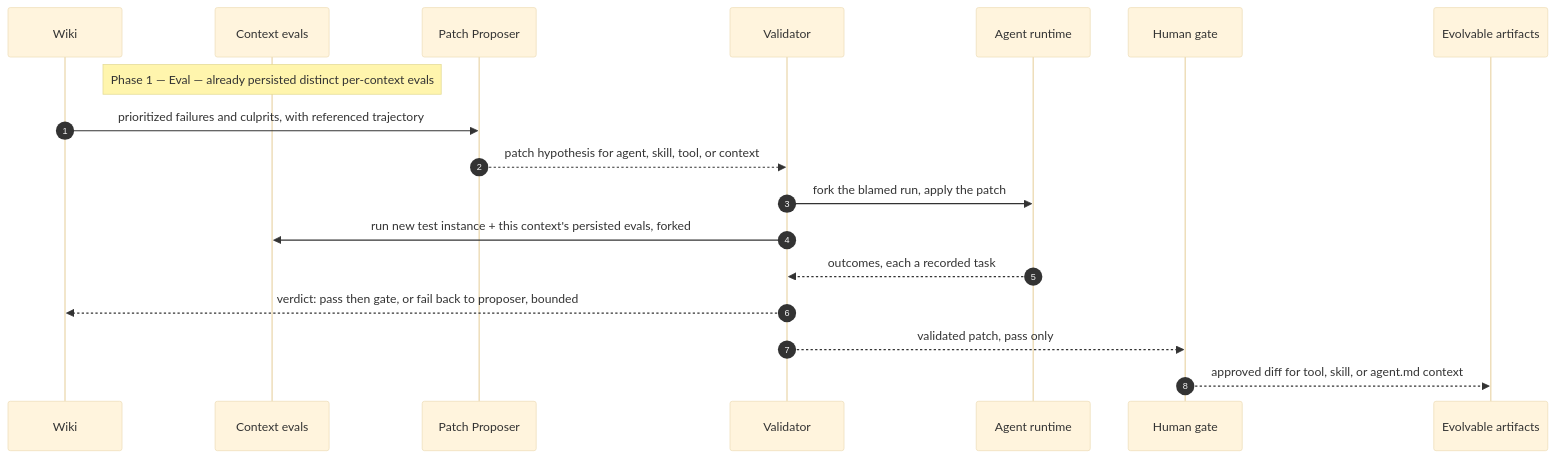
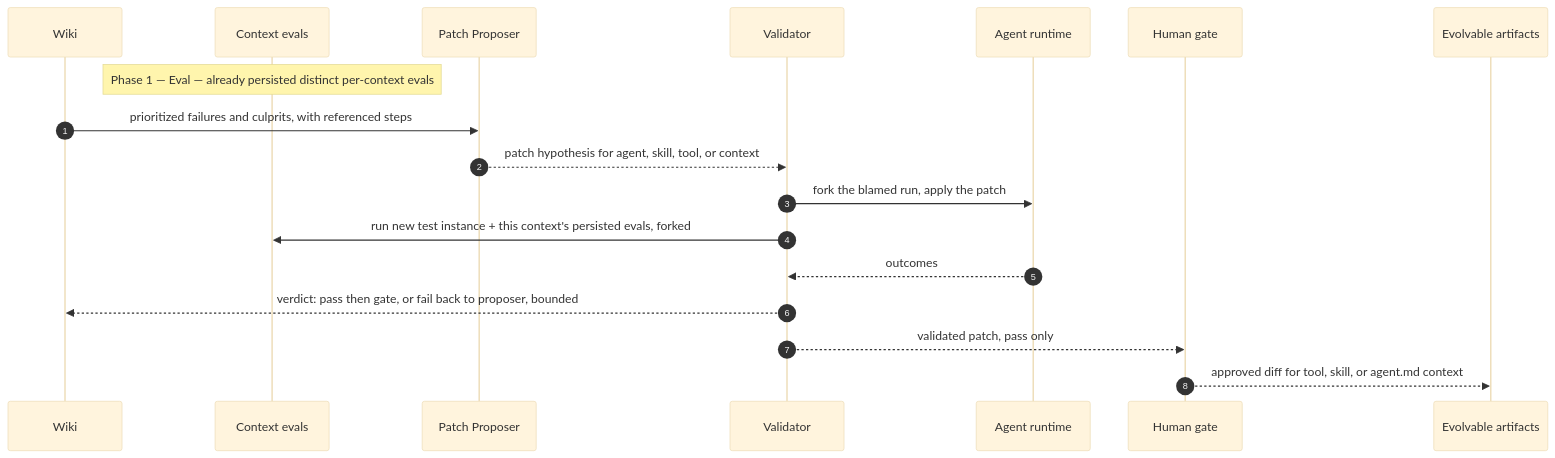
Before and after one commit to Ajaya1000/llmx: the fifth of 5 diagrams in docs/architecture/evolution-framework.md, drawn with Mermaid (base theme). The commit also changed other lines of this file and 26 other files, not shown here.

````diff
--- a/docs/architecture/evolution-framework.md
+++ b/docs/architecture/evolution-framework.md
@@ -258,21 +276,21 @@
 ```mermaid
 sequenceDiagram
     autonumber
     participant W as Wiki
     participant ES as Context evals
     participant PP as Patch Proposer
     participant V as Validator
     participant R as Agent runtime
     participant H as Human gate
     participant A as Evolvable artifacts
 
     Note over ES: Phase 1 — Eval — already persisted distinct per-context evals
-    W->>PP: prioritized failures and culprits, with referenced trajectory
+    W->>PP: prioritized failures and culprits, with referenced steps
     PP-->>V: patch hypothesis for agent, skill, tool, or context
     V->>R: fork the blamed run, apply the patch
     V->>ES: run new test instance + this context's persisted evals, forked
-    R-->>V: outcomes, each a recorded task
+    R-->>V: outcomes
     V-->>W: verdict: pass then gate, or fail back to proposer, bounded
     V-->>H: validated patch, pass only
     H-->>A: approved diff for tool, skill, or agent.md context
 ```
````
